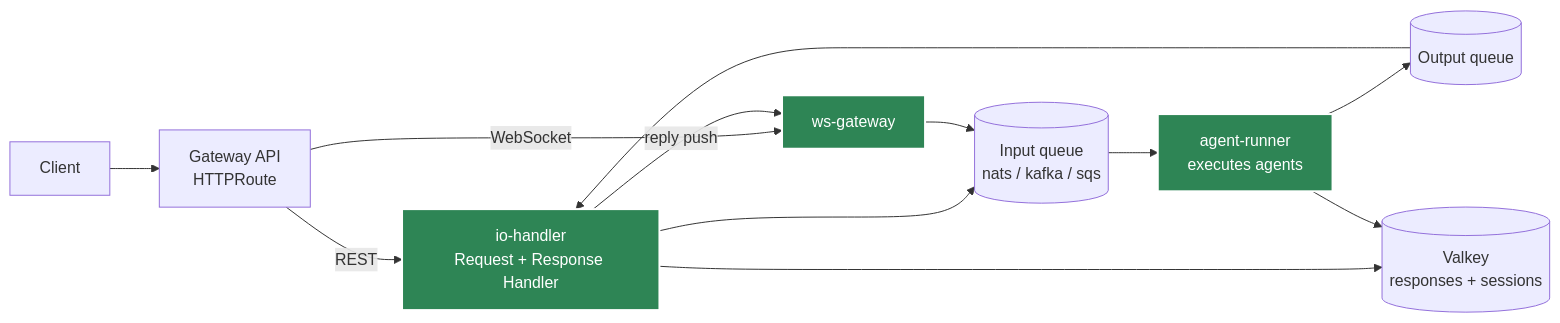
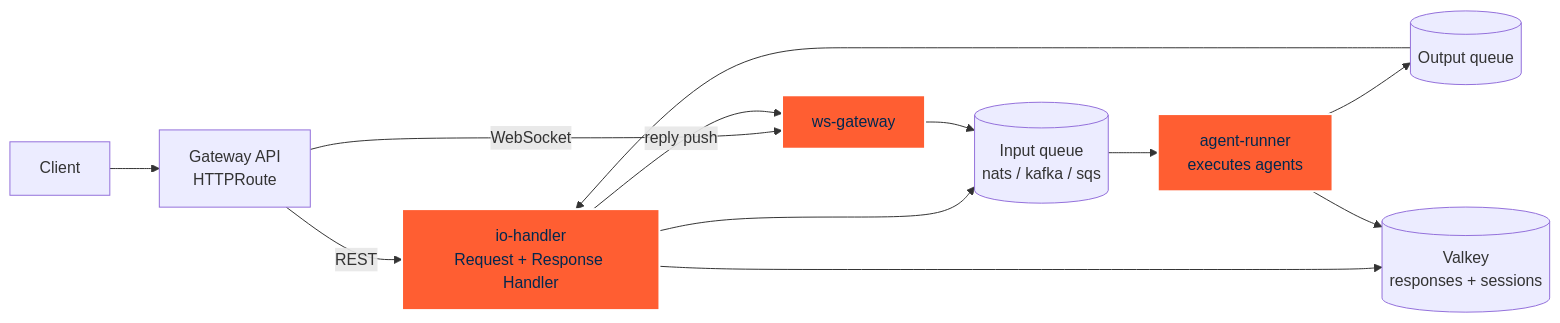
One commit to yaalalabs/agent-kernel changed the diagram in docs/docs/deployment/onprem-kubernetes.md. Above: the diagram before and after it, drawn with Mermaid. The commit also changed other lines of this file and 444 other files, not shown here.

````diff
--- a/docs/docs/deployment/onprem-kubernetes.md
+++ b/docs/docs/deployment/onprem-kubernetes.md
@@ -20,18 +20,18 @@
 ```mermaid
 flowchart LR
     C[Client] --> GW[Gateway API<br/>HTTPRoute]
     GW -->|REST| IO[io-handler<br/>Request + Response Handler]
     GW -->|WebSocket| WSG[ws-gateway]
     IO --> IN[(Input queue<br/>nats / kafka / sqs)]
     WSG --> IN
     IN --> AR[agent-runner<br/>executes agents]
     AR --> OUT[(Output queue)]
     OUT --> IO
     IO -->|reply push| WSG
     IO --> RS[(Valkey<br/>responses + sessions)]
     AR --> RS
 
-    style IO fill:#2e8555,stroke:#fff,stroke-width:2px,color:#fff
-    style AR fill:#2e8555,stroke:#fff,stroke-width:2px,color:#fff
-    style WSG fill:#2e8555,stroke:#fff,stroke-width:2px,color:#fff
+    style IO fill:#FF5E32,stroke:#fff,stroke-width:2px,color:#02284F
+    style AR fill:#FF5E32,stroke:#fff,stroke-width:2px,color:#02284F
+    style WSG fill:#FF5E32,stroke:#fff,stroke-width:2px,color:#02284F
 ```
````
